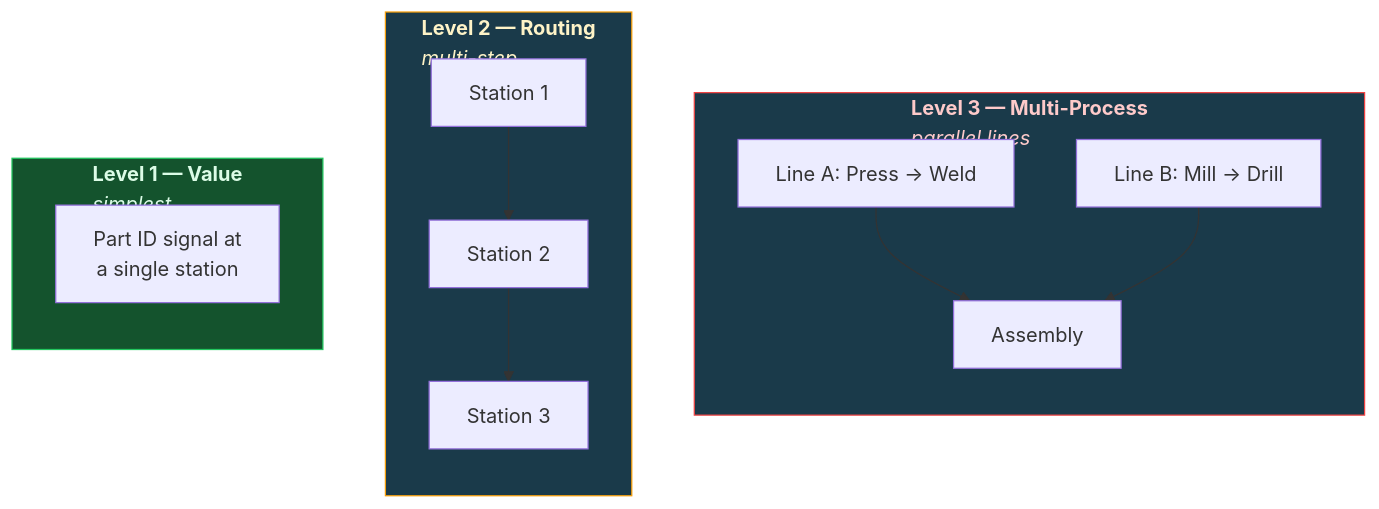
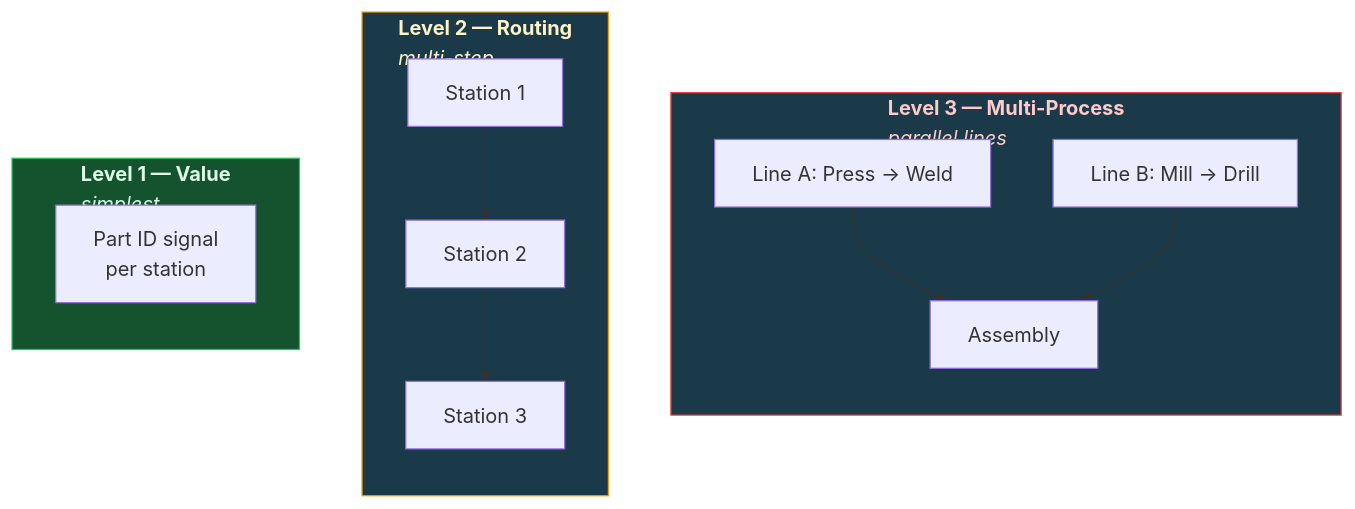
The first of 2 diagrams in docs/guides/traceability.md (ts-shape/ts-shape), drawn with Mermaid before and after one commit. The commit also changed other lines of this file and 103 other files, not shown here.

````diff
--- a/docs/guides/traceability.md
+++ b/docs/guides/traceability.md
@@ -9,25 +9,25 @@
 ```mermaid
 flowchart LR
     subgraph L1["<b>Level 1 — Value</b><br/><i>simplest</i>"]
-        V1["Part ID signal at<br/>a single station"]
+        V1["Part ID signal<br/>per station"]
     end
 
     subgraph L2["<b>Level 2 — Routing</b><br/><i>multi-step</i>"]
         R1["Station 1"] --> R2["Station 2"] --> R3["Station 3"]
     end
 
     subgraph L3["<b>Level 3 — Multi-Process</b><br/><i>parallel lines</i>"]
         direction TB
         M1["Line A: Press → Weld"]
         M2["Line B: Mill → Drill"]
         M3["Assembly"]
         M1 --> M3
         M2 --> M3
     end
 
     L1 ~~~ L2 ~~~ L3
 
     style L1 fill:#14532d,stroke:#22c55e,color:#dcfce7
     style L2 fill:#1a3a4a,stroke:#f59e0b,color:#fef3c7
     style L3 fill:#1a3a4a,stroke:#ef4444,color:#fecaca
 ```
````
